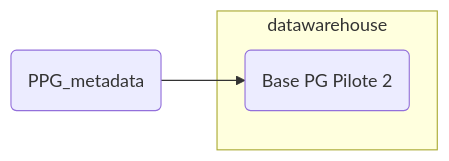
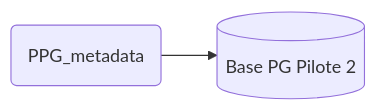
The third of 5 diagrams in data/architecture_data.md (DITP-pilotage/pilote-2), drawn with Mermaid before and after one commit. The commit also changed other lines of this file, not shown here.

Commit message:
docs: ajout du schema sur la transformation des donnees (42)

````diff
--- a/data/architecture_data.md
+++ b/data/architecture_data.md
@@ -43,7 +37,4 @@
 ``` mermaid
 graph LR
-PM(PPG_metadata) --> PG(Base PG Pilote 2)
-subgraph datawarehouse
-    PG
-end
+PM(PPG_metadata) --> PG[(Base PG Pilote 2)]
 ```
````
